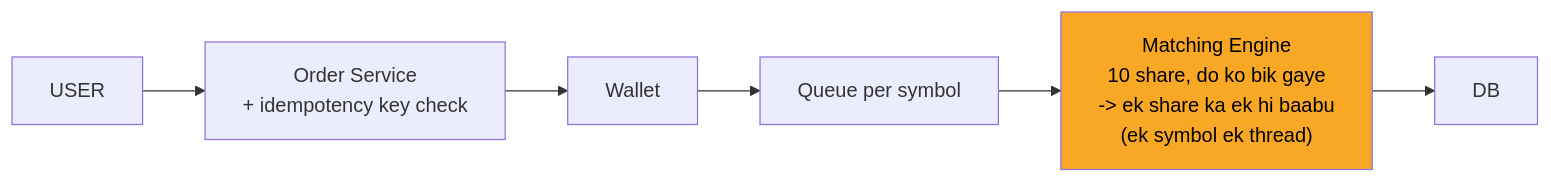
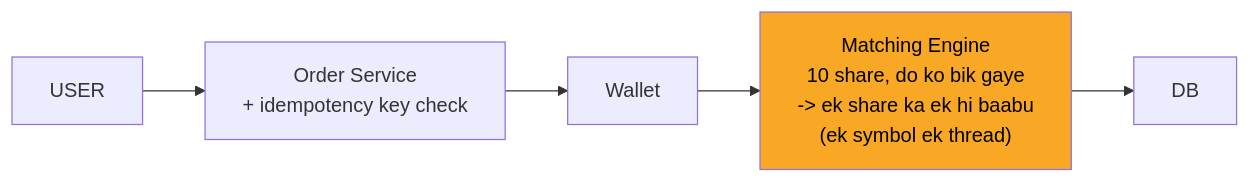
One commit to ArpanMaheshwari144/Prep changed the fourth of 10 diagrams in 04_HLD/SYSTEM_DESIGNS/05_stock_broker_trading/05_stock_broker_trading.md. Above: the diagram before and after it, drawn with Mermaid. The commit also changed other lines of this file and 13 other files, not shown here.

````diff
--- a/04_HLD/SYSTEM_DESIGNS/05_stock_broker_trading/05_stock_broker_trading.md
+++ b/04_HLD/SYSTEM_DESIGNS/05_stock_broker_trading/05_stock_broker_trading.md
@@ -161,15 +159,13 @@
 ```mermaid
 flowchart LR
     n_USER["USER"]
     n_Order_Service["Order Service<br/>+ idempotency key check"]
     n_Wallet["Wallet"]
-    n_Queue_per_symbol["Queue per symbol"]
     n_Matching_Engine["Matching Engine<br/>10 share, do ko bik gaye<br/>-> ek share ka ek hi baabu<br/>(ek symbol ek thread)"]
     n_DB["DB"]
     n_USER --> n_Order_Service
     n_Order_Service --> n_Wallet
-    n_Wallet --> n_Queue_per_symbol
-    n_Queue_per_symbol --> n_Matching_Engine
+    n_Wallet --> n_Matching_Engine
     n_Matching_Engine --> n_DB
     style n_Matching_Engine fill:#f9a825,color:#000
 ```
````
